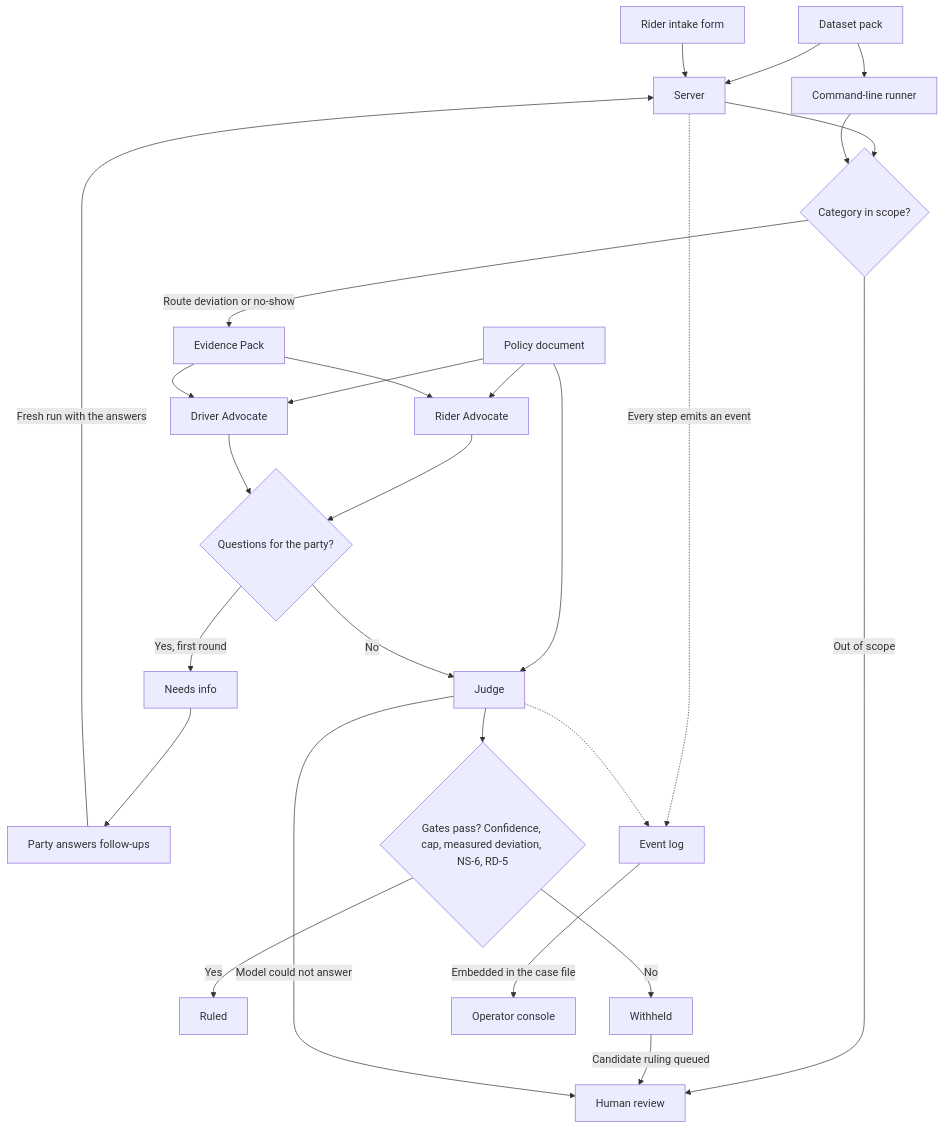
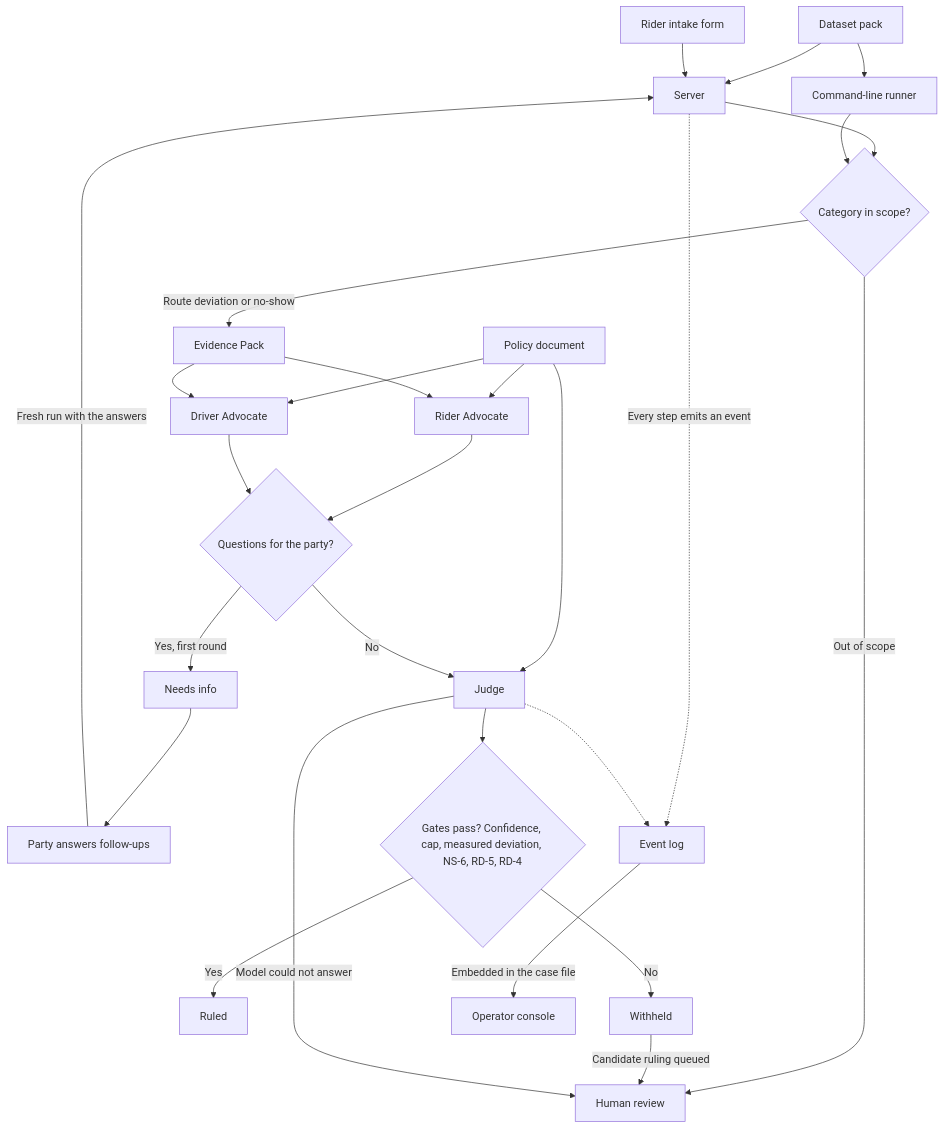
One commit to hermicaduceus/ryde-dispute-resolution-submission changed the diagram in README.md. Above: the diagram before and after it, drawn with Mermaid. The commit also changed other lines of this file and 1 other file, not shown here.

First line of the commit message:
Session twenty-one: the architecture and README name the RD-4 gate

````diff
--- a/README.md
+++ b/README.md
@@ -39,29 +39,29 @@
 ```mermaid
 flowchart TD
     PACK["Dataset pack"] --> B["Server"]
     PACK --> CL["Command-line runner"]
     A["Rider intake form"] --> B
     B --> C{"Category in scope?"}
     CL --> C
     C -- "Out of scope" --> H["Human review"]
     C -- "Route deviation or no-show" --> E["Evidence Pack"]
     POL["Policy document"] --> RA["Rider Advocate"]
     POL --> DA["Driver Advocate"]
     POL --> J["Judge"]
     E --> RA
     E --> DA
     RA --> S{"Questions for the party?"}
     DA --> S
     S -- "Yes, first round" --> O4["Needs info"]
     O4 --> PA["Party answers follow-ups"]
     PA -- "Fresh run with the answers" --> B
     S -- "No" --> J
-    J --> G{"Gates pass? Confidence, cap, measured deviation, NS-6, RD-5"}
+    J --> G{"Gates pass? Confidence, cap, measured deviation, NS-6, RD-5, RD-4"}
     G -- "Yes" --> O1["Ruled"]
     G -- "No" --> O2["Withheld"]
     O2 -- "Candidate ruling queued" --> H
     J -- "Model could not answer" --> H
     B -. "Every step emits an event" .-> L["Event log"]
     J -.-> L
     L -- "Embedded in the case file" --> K["Operator console"]
 ```
````
